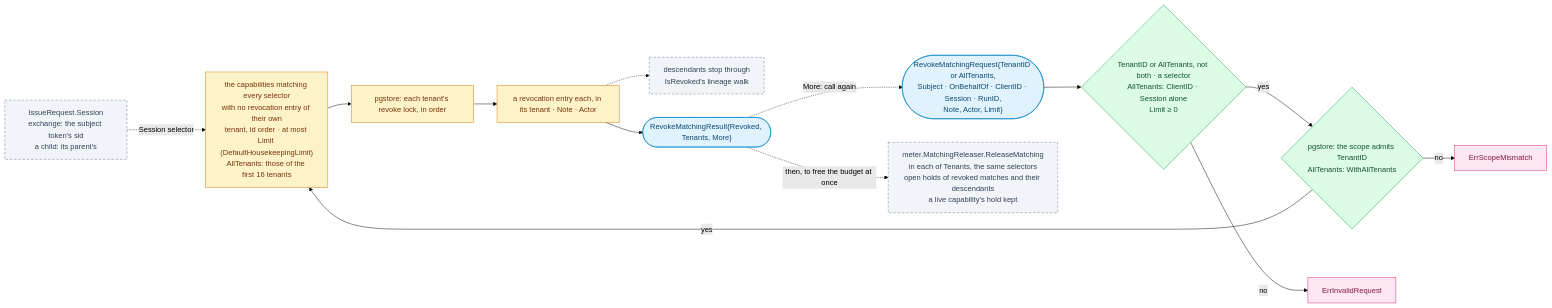
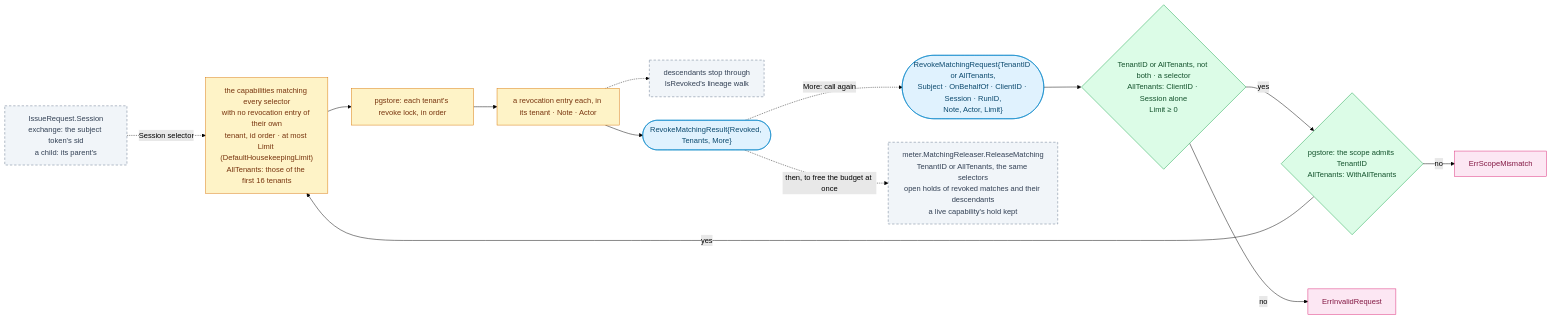
One commit to oleg-tkachuk/limes changed diagram 13 of 16 in docs/diagrams.md. Above: the diagram before and after it, drawn with Mermaid (forest theme). The commit also changed other lines of this file and 8 other files, not shown here.

First line of the commit message:
feat(meter): release the holds of revoked matches in every tenant

````diff
--- a/docs/diagrams.md
+++ b/docs/diagrams.md
@@ -1044,34 +1046,34 @@
 ```mermaid
 flowchart LR
     sess["IssueRequest.Session<br/>exchange: the subject token's sid<br/>a child: its parent's"]
     req(["RevokeMatchingRequest{TenantID or AllTenants,<br/>Subject · OnBehalfOf · ClientID · Session · RunID,<br/>Note, Actor, Limit}"])
     val{"TenantID or AllTenants, not both · a selector<br/>AllTenants: ClientID · Session alone<br/>Limit ≥ 0"}
     scope{"pgstore: the scope admits TenantID<br/>AllTenants: WithAllTenants"}
     sel["the capabilities matching every selector<br/>with no revocation entry of their own<br/>tenant, id order · at most Limit (DefaultHousekeepingLimit)<br/>AllTenants: those of the first 16 tenants"]
     lock["pgstore: each tenant's revoke lock, in order"]
     write["a revocation entry each, in its tenant · Note · Actor"]
     desc["descendants stop through<br/>IsRevoked's lineage walk"]
     res(["RevokeMatchingResult{Revoked, Tenants, More}"])
     inval["ErrInvalidRequest"]
     mism["ErrScopeMismatch"]
-    release["meter.MatchingReleaser.ReleaseMatching<br/>in each of Tenants, the same selectors<br/>open holds of revoked matches and their descendants<br/>a live capability's hold kept"]
+    release["meter.MatchingReleaser.ReleaseMatching<br/>TenantID or AllTenants, the same selectors<br/>open holds of revoked matches and their descendants<br/>a live capability's hold kept"]
 
     req --> val -- yes --> scope -- yes --> sel --> lock --> write --> res
     res -. "then, to free the budget at once" .-> release
     sess -. "Session selector" .-> sel
     write -.-> desc
     res -. "More: call again" .-> req
     val -- no --> inval
     scope -- no --> mism
 
     classDef client fill:#E0F2FE,stroke:#0284C7,color:#0C4A6E
     classDef role fill:#DCFCE7,stroke:#16A34A,color:#14532D
     classDef optional fill:#F1F5F9,stroke:#64748B,color:#334155,stroke-dasharray:5 4
     classDef store fill:#FEF3C7,stroke:#D97706,color:#78350F
     classDef external fill:#FCE7F3,stroke:#DB2777,color:#831843
     class req,res client
     class val,scope role
     class sess,desc,release optional
     class sel,lock,write store
     class inval,mism external
 ```
````
